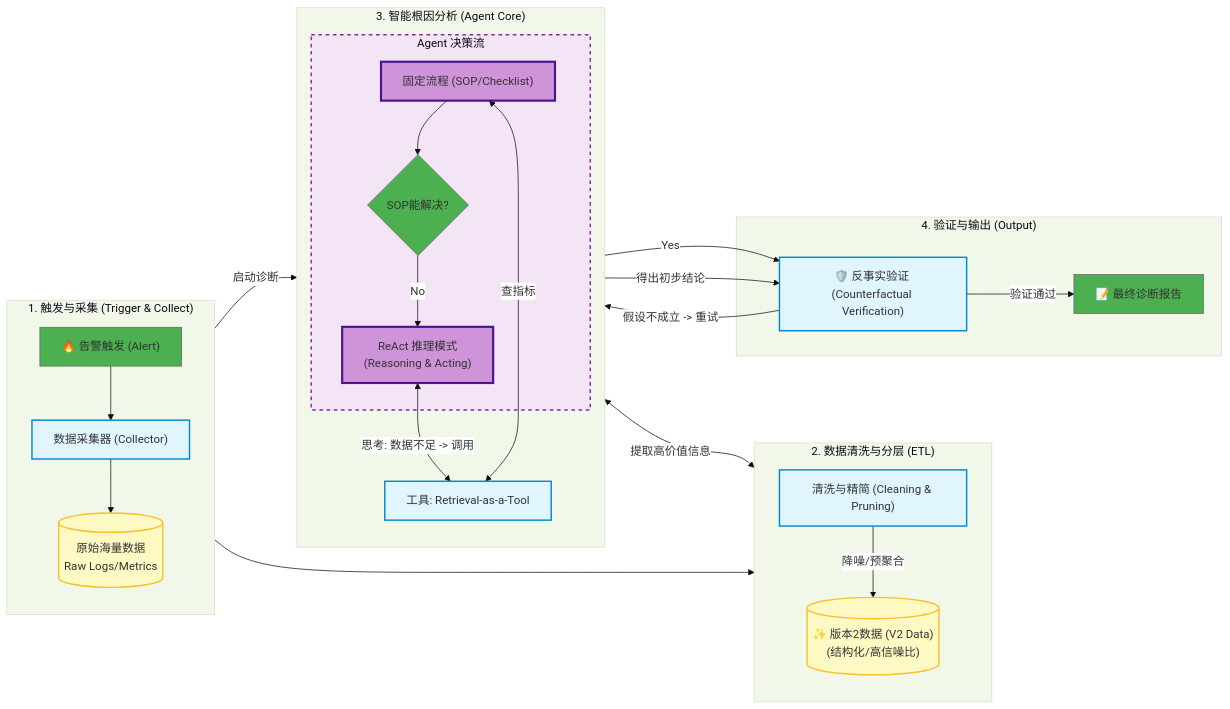
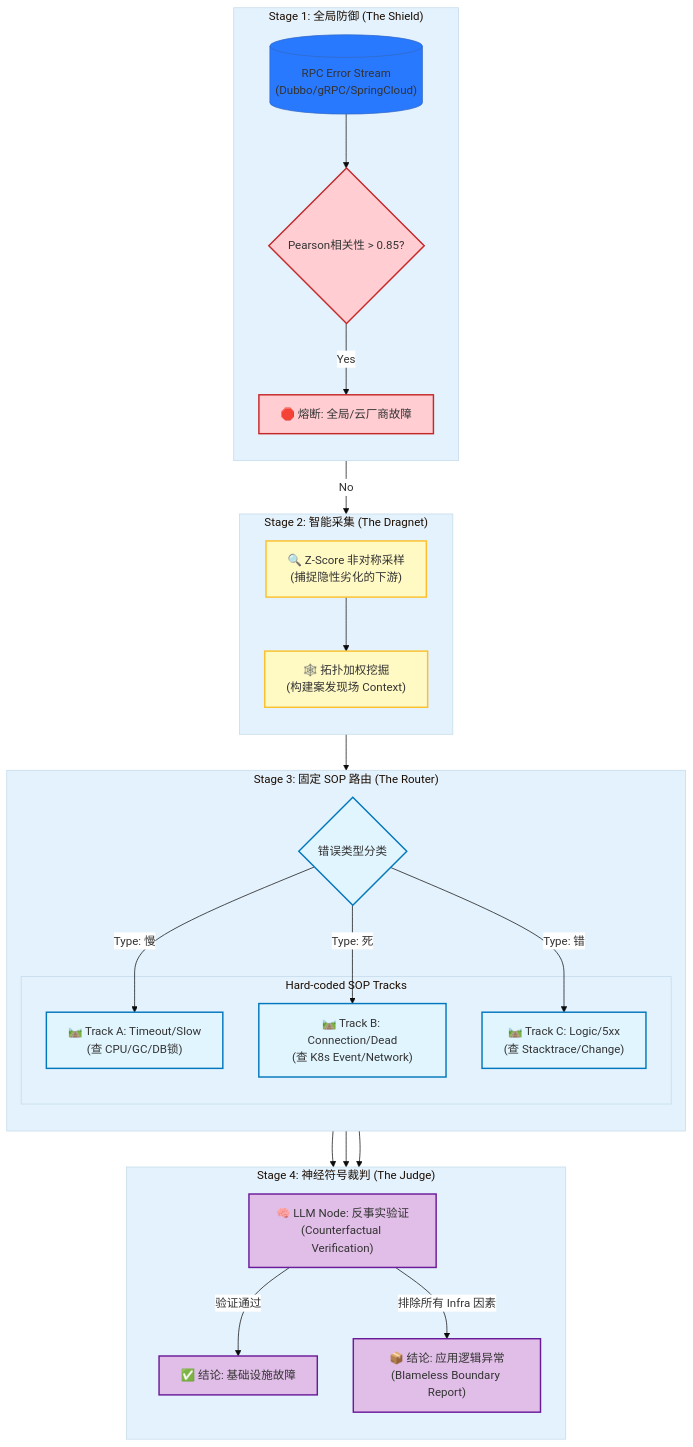
The diagram in README.md (qingshanyuluo/AIOps-Intelligent-RCA), drawn with Mermaid before and after one commit. The commit also changed other lines of this file, not shown here.

Commit message:
Revise README for AIOps-Intelligent-RCA v2.0
Updated project title and enhanced introduction with detailed project features and architecture.

````diff
--- a/README.md
+++ b/README.md
@@ -24,76 +28,67 @@
 ```mermaid
-%%{init: {'theme': 'base', 'themeVariables': { 'primaryColor': '#4caf50', 'edgeLabelBackground':'#ffffff', 'tertiaryColor': '#f1f8e9'}}}%%
-graph LR
+%%{init: {'theme': 'base', 'themeVariables': { 'primaryColor': '#2979ff', 'edgeLabelBackground':'#ffffff', 'tertiaryColor': '#e3f2fd'}}}%%
+graph TB
     %% ================== 样式定义 ==================
-    classDef storage fill:#fff9c4,stroke:#fbc02d,stroke-width:2px;
-    classDef process fill:#e1f5fe,stroke:#0288d1,stroke-width:2px;
-    classDef agent fill:#f3e5f5,stroke:#8e24aa,stroke-width:2px,stroke-dasharray: 5 5;
-    classDef core fill:#ce93d8,stroke:#4a148c,stroke-width:3px;
-    
-    %% ================== 1. 触发与采集层 ==================
-    subgraph Trigger ["1. 触发与采集 (Trigger & Collect)"]
+    classDef shield fill:#ffcdd2,stroke:#c62828,stroke-width:2px;
+    classDef math fill:#fff9c4,stroke:#fbc02d,stroke-width:2px;
+    classDef sop fill:#e1f5fe,stroke:#0277bd,stroke-width:2px;
+    classDef llm fill:#e1bee7,stroke:#6a1b9a,stroke-width:2px;
+
+    %% ================== 1. 入口与防御层 ==================
+    subgraph Stage1 ["Stage 1: 全局防御 (The Shield)"]
         direction TB
-        Alert["🔥 告警触发 (Alert)"]
-        RawCollector["数据采集器 (Collector)"]
-        RawData[("原始海量数据\nRaw Logs/Metrics")]
+        Input[("RPC Error Stream\n(Dubbo/gRPC/SpringCloud)")]
+        Pearson{"Pearson相关性 > 0.85?"}
+        GlobalAlert["🛑 熔断: 全局/云厂商故障"]
     end
 
-    %% ================== 2. 数据处理层 (核心变更) ==================
-    subgraph DataPipeline ["2. 数据清洗与分层 (ETL)"]
+    %% ================== 2. 采集与清洗层 ==================
+    subgraph Stage2 ["Stage 2: 智能采集 (The Dragnet)"]
         direction TB
-        Cleaner["清洗与精简 (Cleaning & Pruning)"]
-        V2Data[("✨ 版本2数据 (V2 Data)\n(结构化/高信噪比)")]
+        ZScore["🔍 Z-Score 非对称采样\n(捕捉隐性劣化的下游)"]
+        Topology["🕸️ 拓扑加权挖掘\n(构建案发现场 Context)"]
     end
 
-    %% ================== 3. 智能分析层 ==================
-    subgraph Brain ["3. 智能根因分析 (Agent Core)"]
+    %% ================== 3. 路由与SOP层 ==================
+    subgraph Stage3 ["Stage 3: 固定 SOP 路由 (The Router)"]
         direction TB
+        Classifier{"错误类型分类"}
         
-        %% Agent 内部逻辑
-        subgraph AgentLogic ["Agent 决策流"]
-            FixedFlow["固定流程 (SOP/Checklist)"]
-            Decision{"SOP能解决?"}
-            ReAct["ReAct 推理模式\n(Reasoning & Acting)"]
+        subgraph Tracks ["Hard-coded SOP Tracks"]
+            TrackA["🛤️ Track A: Timeout/Slow\n(查 CPU/GC/DB锁)"]
+            TrackB["🛤️ Track B: Connection/Dead\n(查 K8s Event/Network)"]
+            TrackC["🛤️ Track C: Logic/5xx\n(查 Stacktrace/Change)"]
         end
-        
-        Tool_Retrieval["工具: Retrieval-as-a-Tool"]
     end
 
-    %% ================== 4. 验证与输出 ==================
-    subgraph Outcome ["4. 验证与输出 (Output)"]
-        Verifier["🛡️ 反事实验证 (Counterfactual Verification)"]
-        FinalReport["📝 最终诊断报告"]
+    %% ================== 4. 推理与定责层 ==================
+    subgraph Stage4 ["Stage 4: 神经符号裁判 (The Judge)"]
+        direction TB
+        LLM_Verifier["🧠 LLM Node: 反事实验证\n(Counterfactual Verification)"]
+        Report_Infra["✅ 结论: 基础设施故障"]
+        Report_Code["📦 结论: 应用逻辑异常\n(Blameless Boundary Report)"]
     end
 
     %% ================== 连线逻辑 ==================
+    Input --> Pearson
+    Pearson -- Yes --> GlobalAlert
+    Pearson -- No --> ZScore
     
-    %% 数据流
-    Alert --> RawCollector
-    RawCollector --> RawData
-    RawData --> Cleaner
-    Cleaner -->|"降噪/预聚合"| V2Data
-
-    %% 触发 Agent
-    Alert -->|"启动诊断"| FixedFlow
-
-    %% Agent 思考流
-    FixedFlow --> Decision
-    Decision -- Yes --> Verifier
-    Decision -- No --> ReAct
+    ZScore --> Topology
+    Topology --> Classifier
     
-    %% 工具调用 (只查 V2 数据)
-    ReAct <-->|"思考: 数据不足 -> 调用"| Tool_Retrieval
-    FixedFlow <-->|"查指标"| Tool_Retrieval
-    Tool_Retrieval <-->|"提取高价值信息"| V2Data
-
-    %% 验证流 (核心)
-    ReAct -->|"得出初步结论"| Verifier
-    Verifier --"假设不成立 -> 重试"--> ReAct
-    Verifier --"验证通过"--> FinalReport
+    Classifier -- "Type: 慢" --> TrackA
+    Classifier -- "Type: 死" --> TrackB
+    Classifier -- "Type: 错" --> TrackC
+    
+    TrackA & TrackB & TrackC --> LLM_Verifier
+    
+    LLM_Verifier -- "验证通过" --> Report_Infra
+    LLM_Verifier -- "排除所有 Infra 因素" --> Report_Code
 
     %% 样式应用
-    class RawData,V2Data storage;
-    class RawCollector,Cleaner,Tool_Retrieval,Verifier process;
-    class AgentLogic agent;
-    class ReAct,FixedFlow core;
+    class Pearson,GlobalAlert shield;
+    class ZScore,Topology math;
+    class Classifier,TrackA,TrackB,TrackC sop;
+    class LLM_Verifier,Report_Infra,Report_Code llm;
 ```
````
